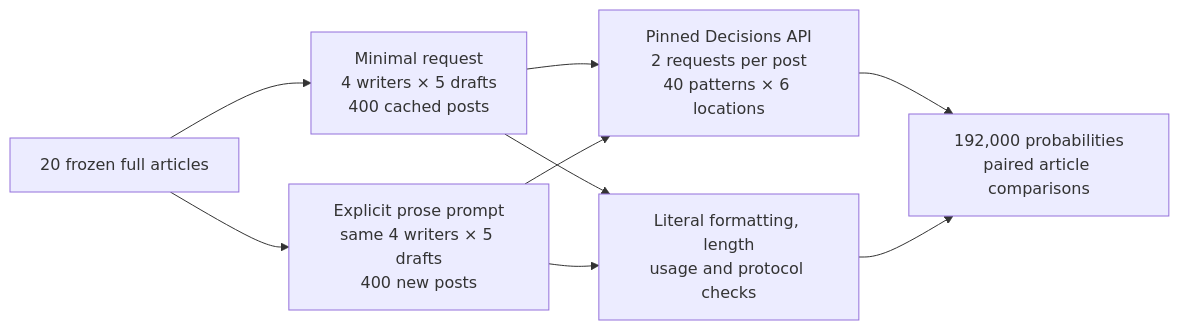
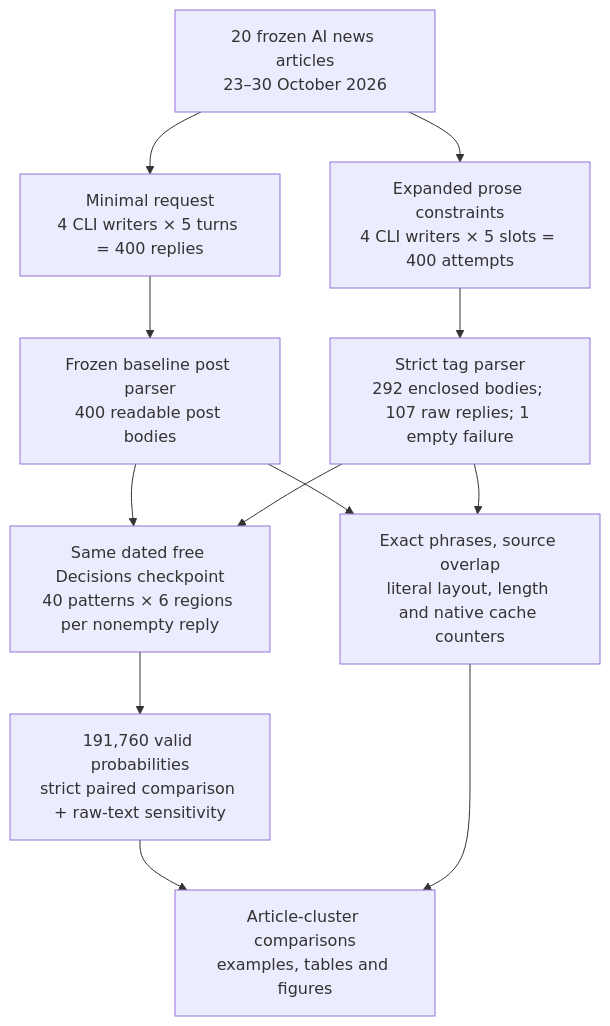
The first of 2 diagrams in notebooks/40-linkedin-writing-habits/README.md (k-sandhu/experiment-notebooks), drawn with Mermaid before and after one commit. The commit also changed other lines of this file and 13333 other files, not shown here.

Commit message:
Complete full LinkedIn prose-constraint study with matched free classifications

````diff
--- a/notebooks/40-linkedin-writing-habits/README.md
+++ b/notebooks/40-linkedin-writing-habits/README.md
@@ -42,11 +41,14 @@
 ```mermaid
-flowchart LR
-    A["20 frozen full articles"] --> B["Minimal request<br/>4 writers × 5 drafts<br/>400 cached posts"]
-    A --> P["Explicit prose prompt<br/>same 4 writers × 5 drafts<br/>400 new posts"]
-    B --> D["Pinned Decisions API<br/>2 requests per post<br/>40 patterns × 6 locations"]
-    P --> D
-    D --> R["192,000 probabilities<br/>paired article comparisons"]
-    B --> F["Literal formatting, length<br/>usage and protocol checks"]
-    P --> F
-    F --> R
+flowchart TD
+ A["20 frozen AI news articles<br/>23–30 October 2026"] --> B["Minimal request<br/>4 CLI writers × 5 turns = 400 replies"]
+ A --> C["Expanded prose constraints<br/>4 CLI writers × 5 slots = 400 attempts"]
+ B --> D["Frozen baseline post parser<br/>400 readable post bodies"]
+ C --> E["Strict tag parser<br/>292 enclosed bodies; 107 raw replies; 1 empty failure"]
+ D --> F["Same dated free Decisions checkpoint<br/>40 patterns × 6 regions per nonempty reply"]
+ E --> F
+ F --> G["191,760 valid probabilities<br/>strict paired comparison + raw-text sensitivity"]
+ D --> H["Exact phrases, source overlap<br/>literal layout, length and native cache counters"]
+ E --> H
+ G --> I["Article-cluster comparisons<br/>examples, tables and figures"]
+ H --> I
 ```
````
